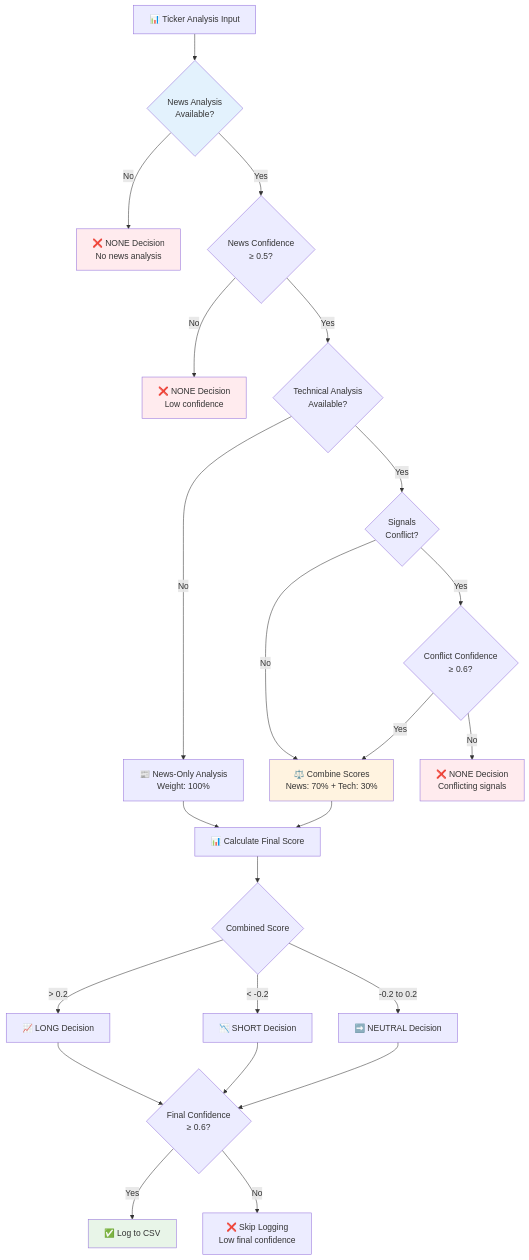
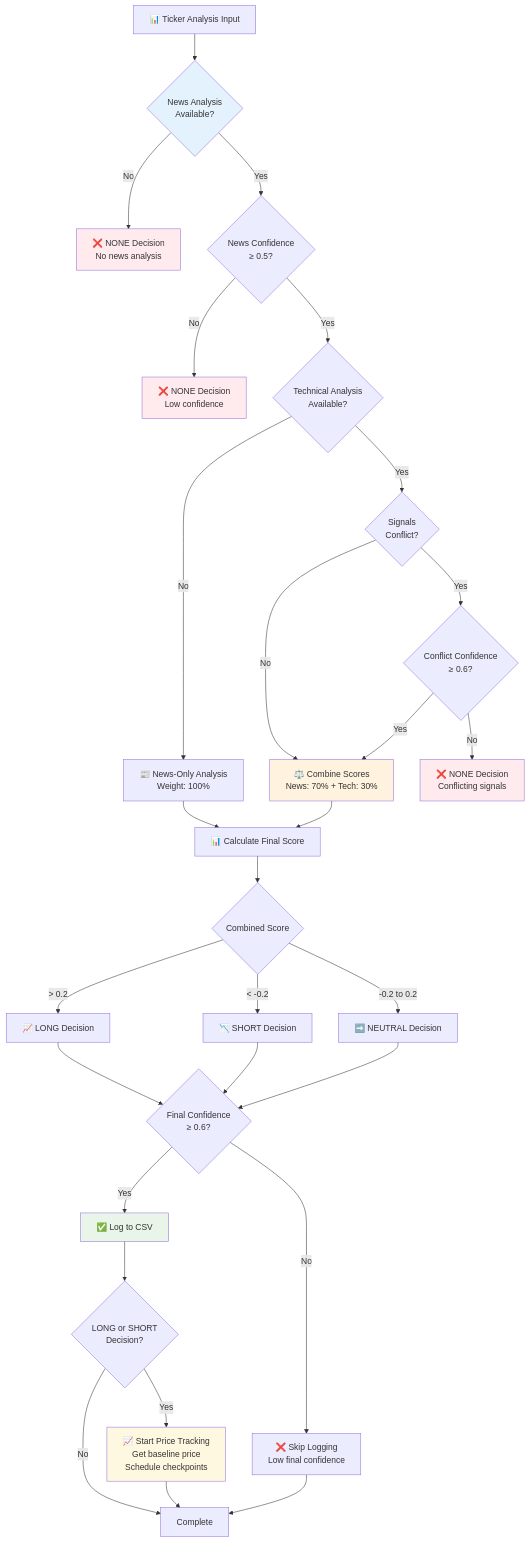
The fifth of 11 diagrams in news_cruncher/README.md (jaygasi/news_analyzer), drawn with Mermaid before and after one commit. The commit also changed other lines of this file and 7 other files, not shown here.

````diff
--- a/news_cruncher/README.md
+++ b/news_cruncher/README.md
@@ -132,41 +212,49 @@
 ```mermaid
 flowchart TD
     Input[📊 Ticker Analysis Input] --> NewsCheck{News Analysis<br/>Available?}
     
     NewsCheck -->|No| NoDecision[❌ NONE Decision<br/>No news analysis]
     NewsCheck -->|Yes| ConfCheck{News Confidence<br/>≥ 0.5?}
     
     ConfCheck -->|No| LowConf[❌ NONE Decision<br/>Low confidence]
     ConfCheck -->|Yes| TechCheck{Technical Analysis<br/>Available?}
     
     TechCheck -->|Yes| Conflict{Signals<br/>Conflict?}
     TechCheck -->|No| NewsOnly[📰 News-Only Analysis<br/>Weight: 100%]
     
     Conflict -->|Yes| ConflictCheck{Conflict Confidence<br/>≥ 0.6?}
     Conflict -->|No| Combine[⚖️ Combine Scores<br/>News: 70% + Tech: 30%]
     
     ConflictCheck -->|No| ConflictDecision[❌ NONE Decision<br/>Conflicting signals]
     ConflictCheck -->|Yes| Combine
     
     NewsOnly --> ScoreCalc[📊 Calculate Final Score]
     Combine --> ScoreCalc
     
     ScoreCalc --> Direction{Combined Score}
     Direction -->|> 0.2| Long[📈 LONG Decision]
     Direction -->|< -0.2| Short[📉 SHORT Decision]
     Direction -->|-0.2 to 0.2| Neutral[➡️ NEUTRAL Decision]
     
     Long --> FinalCheck{Final Confidence<br/>≥ 0.6?}
     Short --> FinalCheck
     Neutral --> FinalCheck
     
     FinalCheck -->|Yes| LogDecision[✅ Log to CSV]
     FinalCheck -->|No| SkipLogging[❌ Skip Logging<br/>Low final confidence]
     
+    LogDecision --> TrackingCheck{LONG or SHORT<br/>Decision?}
+    TrackingCheck -->|Yes| StartTracking[📈 Start Price Tracking<br/>Get baseline price<br/>Schedule checkpoints]
+    TrackingCheck -->|No| Complete[Complete]
+    
+    StartTracking --> Complete
+    SkipLogging --> Complete
+    
     style NewsCheck fill:#e3f2fd
     style Combine fill:#fff3e0
     style LogDecision fill:#e8f5e8
+    style StartTracking fill:#fff8e1
     style NoDecision fill:#ffebee
     style LowConf fill:#ffebee
     style ConflictDecision fill:#ffebee
 ```
````
